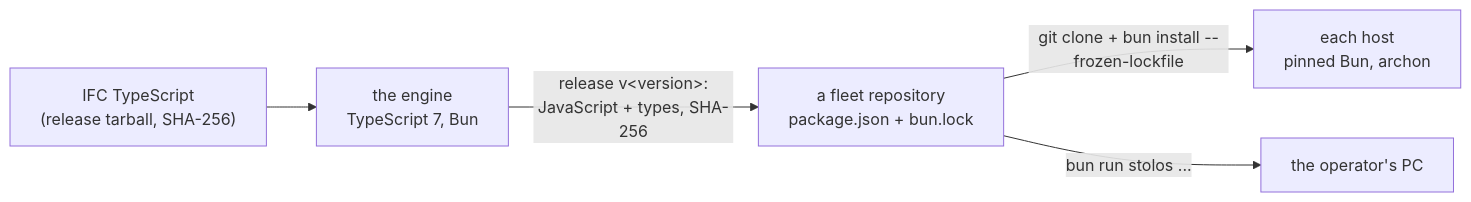
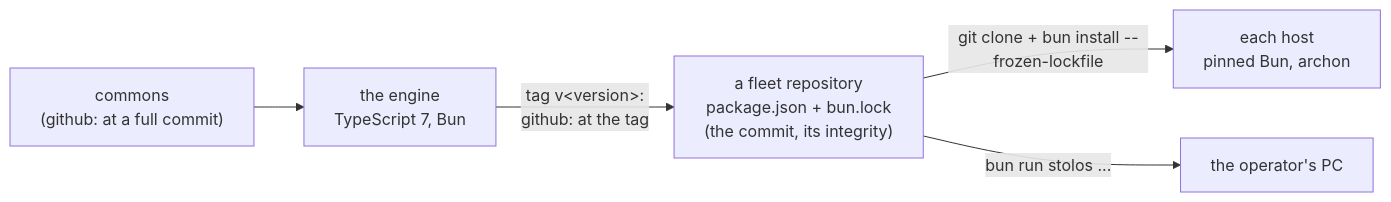
Before and after one commit to intellectual-frontiers/stolos: the diagram in specs/096-bun-runtime/spec.md, drawn with Mermaid. The commit also changed other lines of this file and 388 other files, not shown here.

First line of the commit message:
096-bun-runtime: commons and the engine as Git dependencies; docs by ifc-docs

````diff
--- a/specs/096-bun-runtime/spec.md
+++ b/specs/096-bun-runtime/spec.md
@@ -19,7 +19,7 @@
 ```mermaid
 flowchart LR
-  ifc["IFC TypeScript<br/>(release tarball, SHA-256)"] --> eng["the engine<br/>TypeScript 7, Bun"]
-  eng -->|"release v&lt;version&gt;:<br/>JavaScript + types, SHA-256"| fleet["a fleet repository<br/>package.json + bun.lock"]
+  ifc["commons<br/>(github: at a full commit)"] --> eng["the engine<br/>TypeScript 7, Bun"]
+  eng -->|"tag v&lt;version&gt;:<br/>github: at the tag"| fleet["a fleet repository<br/>package.json + bun.lock<br/>(the commit, its integrity)"]
   fleet -->|"git clone + bun install --frozen-lockfile"| host["each host<br/>pinned Bun, archon"]
   fleet -->|"bun run stolos ..."| pc["the operator's PC"]
 ```
````
